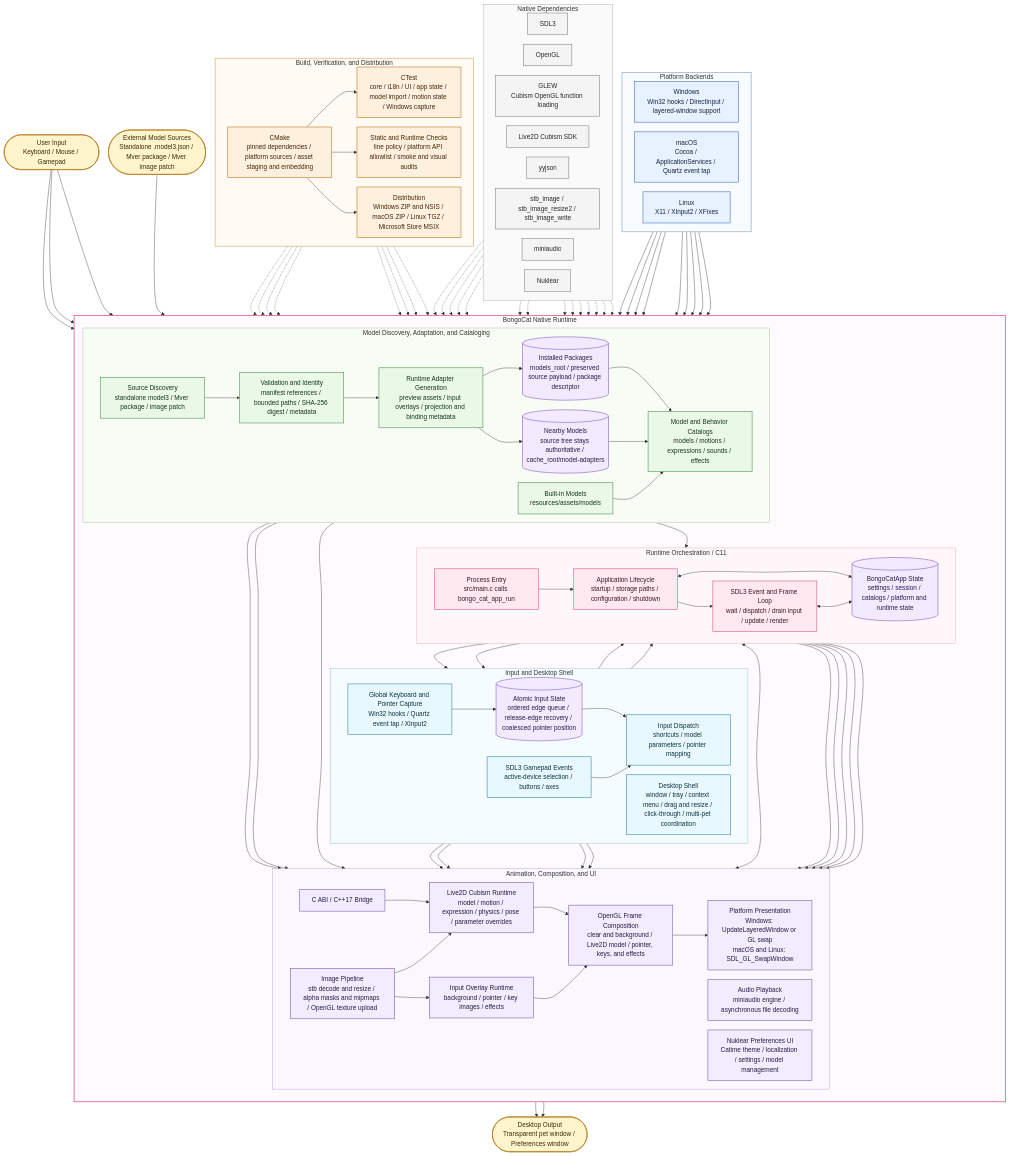
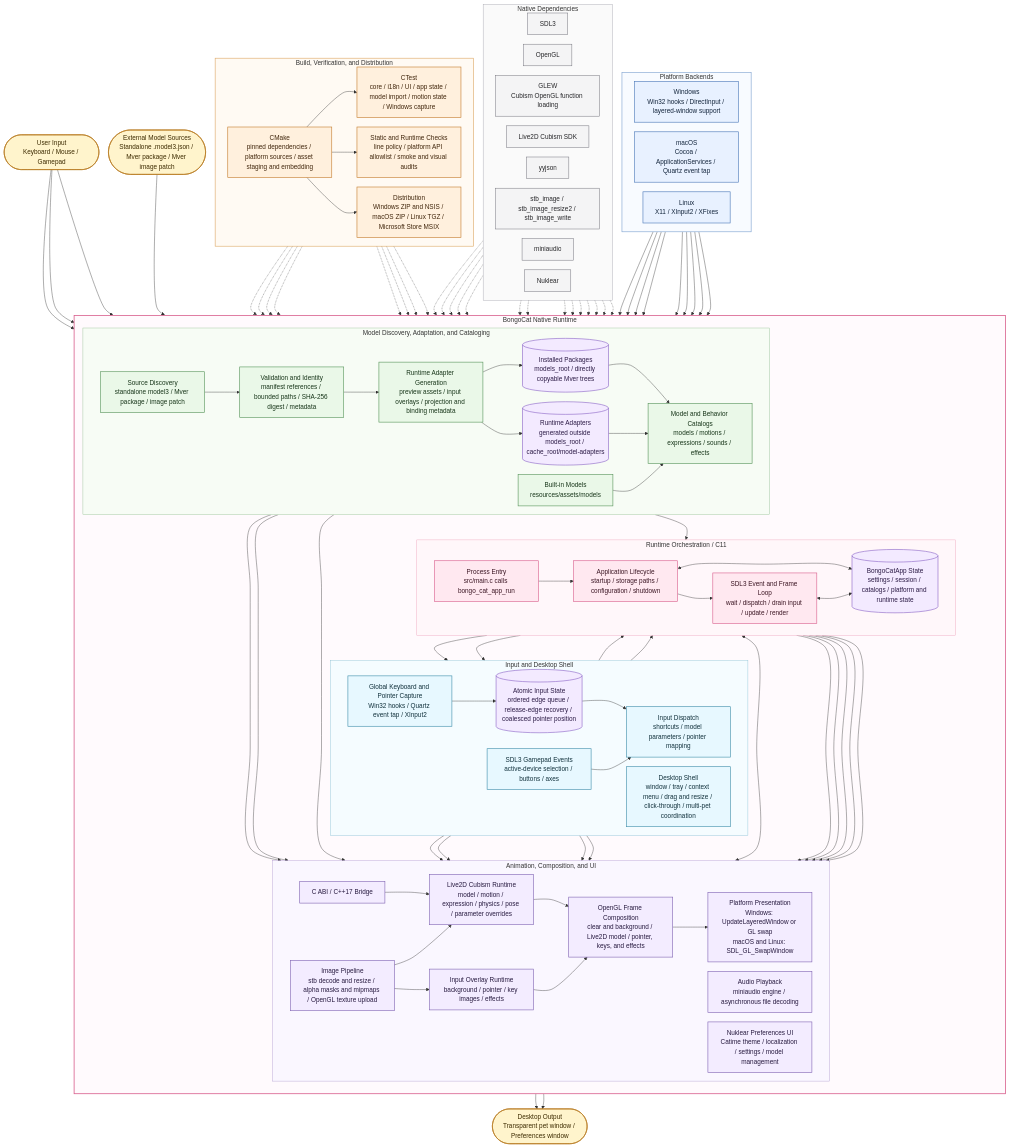
The diagram in README.md (Fid-falling/BongoCat), drawn with Mermaid before and after one commit. The commit also changed 39 other files, not shown here.

Commit message:
refactor: use portable Mver model storage

```diff
--- a/README.md
+++ b/README.md
@@ -134,8 +134,8 @@
       Discover["Source Discovery<br/>standalone model3 / Mver package / image patch"]
       Validate["Validation and Identity<br/>manifest references / bounded paths / SHA-256 digest / metadata"]
       Adapt["Runtime Adapter Generation<br/>preview assets / input overlays / projection and binding metadata"]
-      Installed[("Installed Packages<br/>models_root / preserved source payload / package descriptor")]
-      Nearby[("Nearby Models<br/>source tree stays authoritative / cache_root/model-adapters")]
+      Installed[("Installed Packages<br/>models_root / directly copyable Mver trees")]
+      Nearby[("Runtime Adapters<br/>generated outside models_root / cache_root/model-adapters")]
       Catalog["Model and Behavior Catalogs<br/>models / motions / expressions / sounds / effects"]
 
       Discover --> Validate --> Adapt
```
